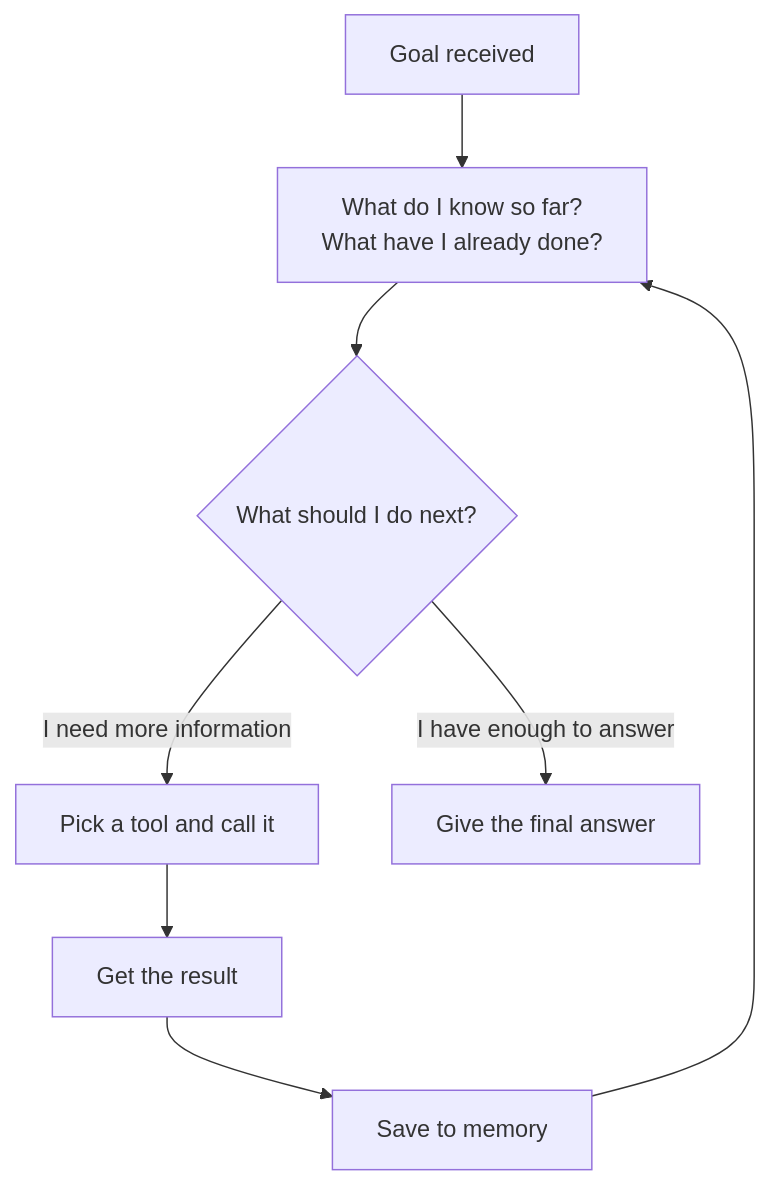
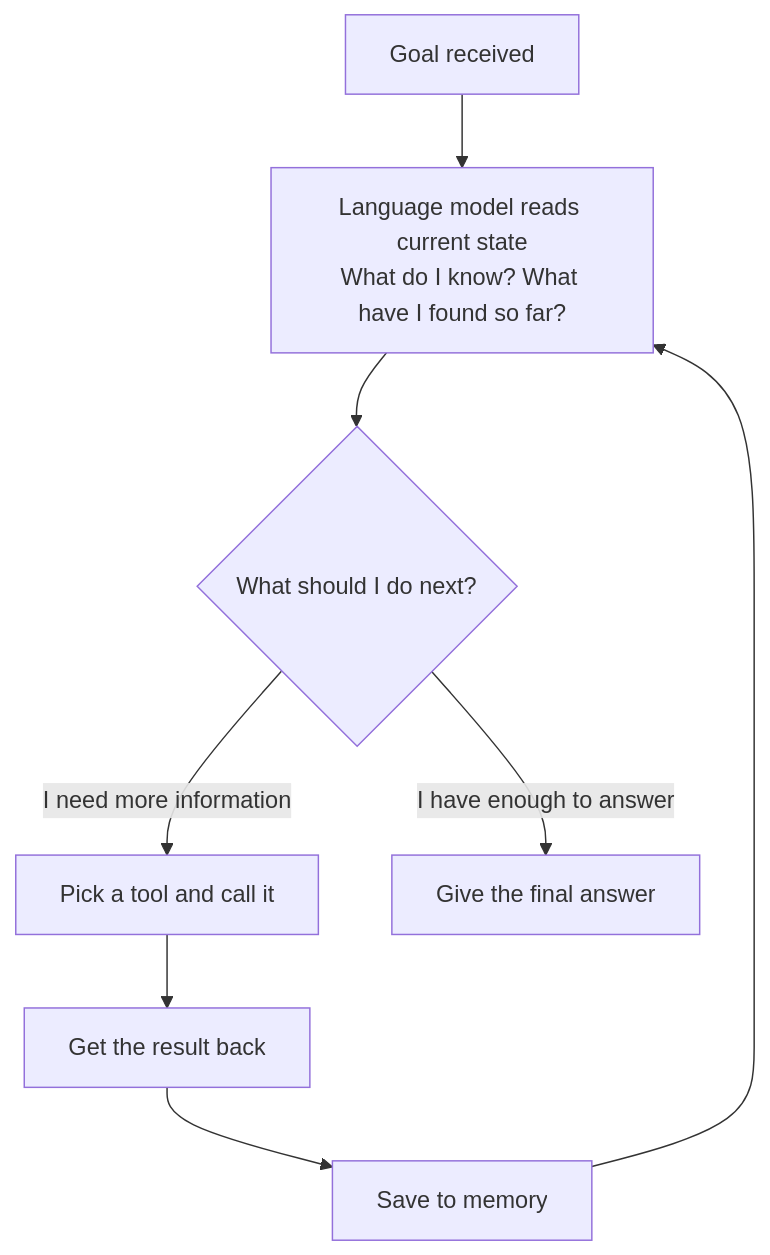
One commit to NamrataRev/AI_Academy_CIT_Sem2 changed the diagram in Modules/Week1/01-agents-llm-memory-tools-planning-loop_Temp.md. Above: the diagram before and after it, drawn with Mermaid. The commit also changed other lines of this file, not shown here.

````diff
--- a/Modules/Week1/01-agents-llm-memory-tools-planning-loop_Temp.md
+++ b/Modules/Week1/01-agents-llm-memory-tools-planning-loop_Temp.md
@@ -96,10 +113,10 @@
 ```mermaid
 flowchart TD
-    A[Goal received] --> B[What do I know so far?\nWhat have I already done?]
+    A[Goal received] --> B[Language model reads current state\nWhat do I know? What have I found so far?]
     B --> C{What should I do next?}
     C -->|I need more information| D[Pick a tool and call it]
-    D --> E[Get the result]
+    D --> E[Get the result back]
     E --> F[Save to memory]
     F --> B
     C -->|I have enough to answer| G[Give the final answer]
 ```
````
